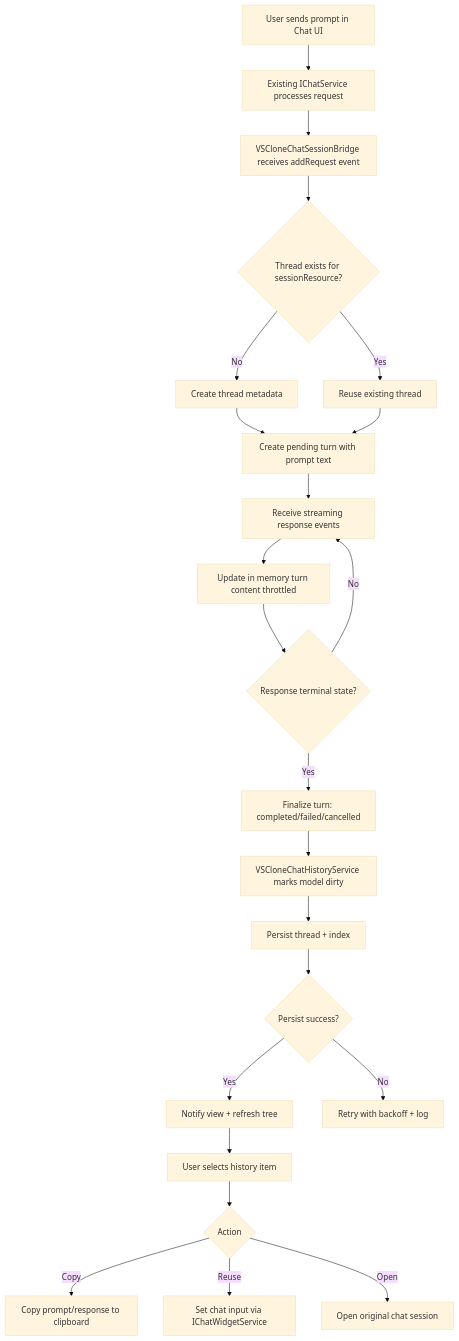
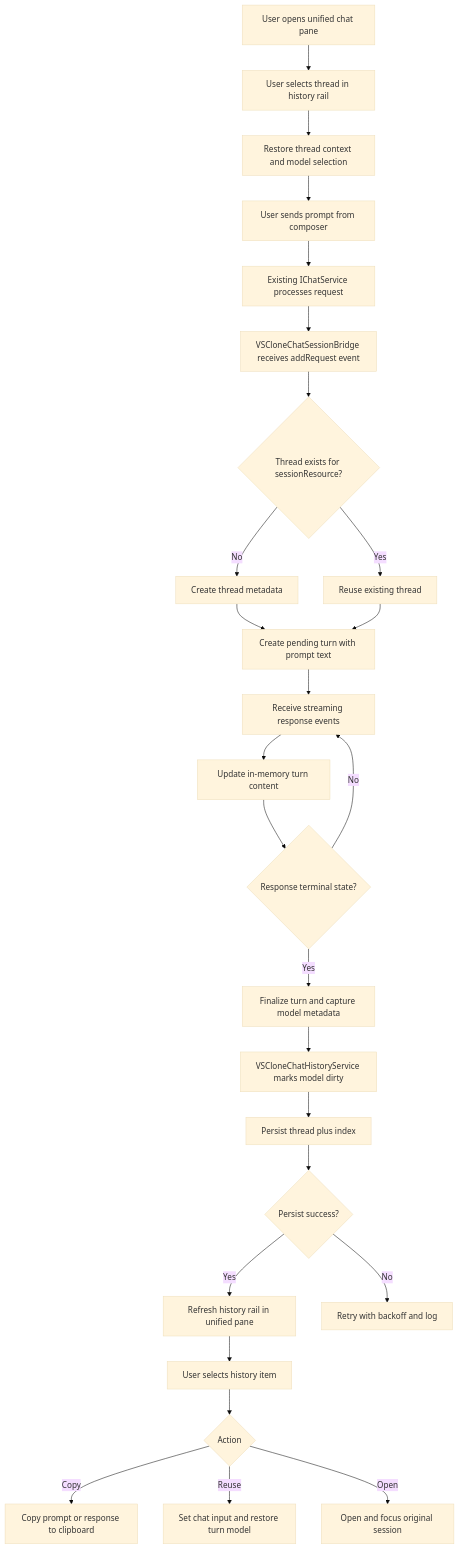
The diagram in cs485/diagrams/userstory1/flow-chart-1.mmd (BrandonHowe/cs485-llm-ide), drawn with Mermaid (base theme) before and after one commit. The commit also changed 30 other files, not shown here.

```diff
--- a/cs485/diagrams/userstory1/flow-chart-1.mmd
+++ b/cs485/diagrams/userstory1/flow-chart-1.mmd
@@ -1,23 +1,26 @@
 flowchart TD
-  A[User sends prompt in Chat UI] --> B[Existing IChatService processes request]
-  B --> C[VSCloneChatSessionBridge receives addRequest event]
-  C --> D{Thread exists for sessionResource?}
-  D -- No --> E[Create thread metadata]
-  D -- Yes --> F[Reuse existing thread]
-  E --> G[Create pending turn with prompt text]
-  F --> G
-  G --> H[Receive streaming response events]
-  H --> I[Update in memory turn content throttled]
-  I --> J{Response terminal state?}
-  J -- No --> H
-  J -- Yes --> K[Finalize turn: completed/failed/cancelled]
-  K --> L[VSCloneChatHistoryService marks model dirty]
-  L --> M[Persist thread + index]
-  M --> N{Persist success?}
-  N -- Yes --> O[Notify view + refresh tree]
-  N -- No --> P[Retry with backoff + log]
-  O --> Q[User selects history item]
-  Q --> R{Action}
-  R -- Copy --> S[Copy prompt/response to clipboard]
-  R -- Reuse --> T[Set chat input via IChatWidgetService]
-  R -- Open --> U[Open original chat session]
+  A[User opens unified chat pane] --> B[User selects thread in history rail]
+  B --> C[Restore thread context and model selection]
+  C --> D[User sends prompt from composer]
+  D --> E[Existing IChatService processes request]
+  E --> F[VSCloneChatSessionBridge receives addRequest event]
+  F --> G{Thread exists for sessionResource?}
+  G -- No --> H[Create thread metadata]
+  G -- Yes --> I[Reuse existing thread]
+  H --> J[Create pending turn with prompt text]
+  I --> J
+  J --> K[Receive streaming response events]
+  K --> L[Update in-memory turn content]
+  L --> M{Response terminal state?}
+  M -- No --> K
+  M -- Yes --> N[Finalize turn and capture model metadata]
+  N --> O[VSCloneChatHistoryService marks model dirty]
+  O --> P[Persist thread plus index]
+  P --> Q{Persist success?}
+  Q -- Yes --> R[Refresh history rail in unified pane]
+  Q -- No --> S[Retry with backoff and log]
+  R --> T[User selects history item]
+  T --> U{Action}
+  U -- Copy --> V[Copy prompt or response to clipboard]
+  U -- Reuse --> W[Set chat input and restore turn model]
+  U -- Open --> X[Open and focus original session]
```
